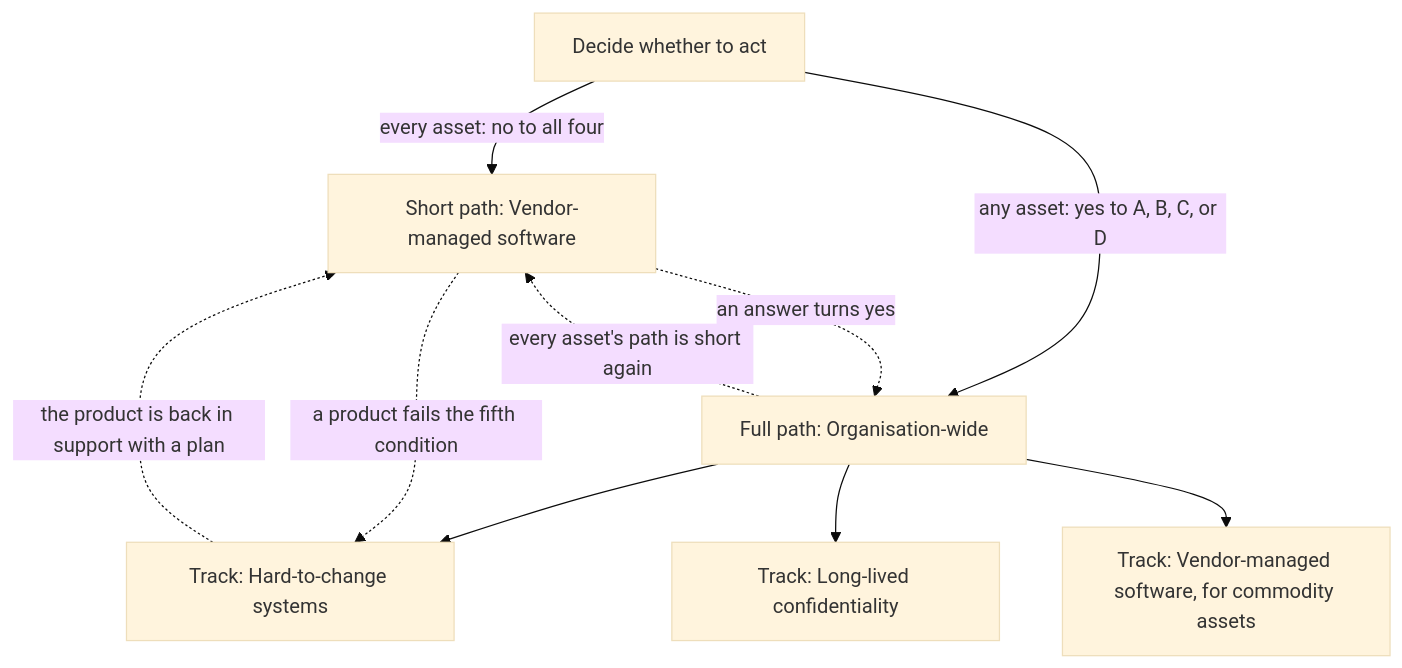
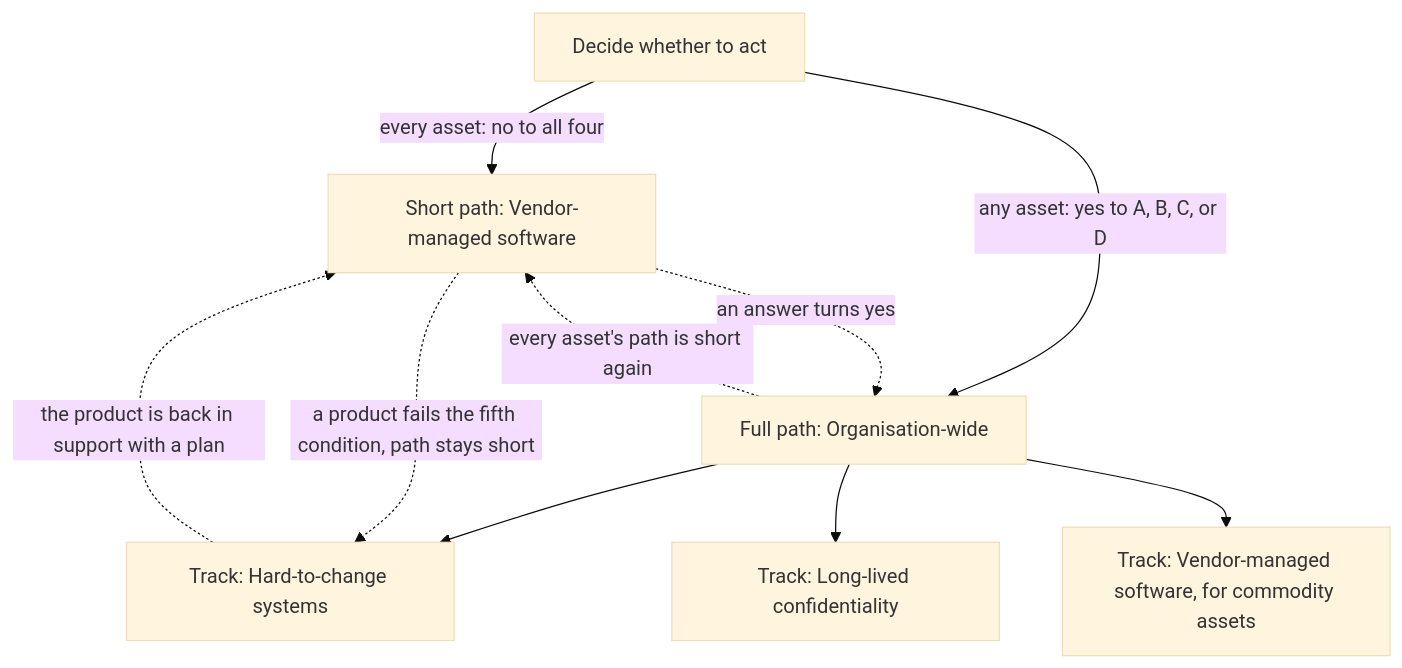
One commit to pqc-community/handbook changed the diagram in docs/routes/index.md. Above: the diagram before and after it, drawn with Mermaid (base theme). The commit also changed 6 other files, not shown here.

First line of the commit message:
docs(routes): separate support status from condition 1; list short-path Hard-to-change records

````diff
--- a/docs/routes/index.md
+++ b/docs/routes/index.md
@@ -17,12 +17,12 @@
 ```mermaid
 flowchart TD
     D[Decide whether to act] -->|every asset: no to all four| S[Short path: Vendor-managed software]
     D -->|any asset: yes to A, B, C, or D| O[Full path: Organisation-wide]
     O --> LL[Track: Long-lived confidentiality]
     O --> HC[Track: Hard-to-change systems]
     O --> VM[Track: Vendor-managed software, for commodity assets]
     S -.->|an answer turns yes| O
-    S -.->|a product fails the fifth condition| HC
+    S -.->|a product fails the fifth condition, path stays short| HC
     HC -.->|the product is back in support with a plan| S
     O -.->|every asset's path is short again| S
 ```
````
